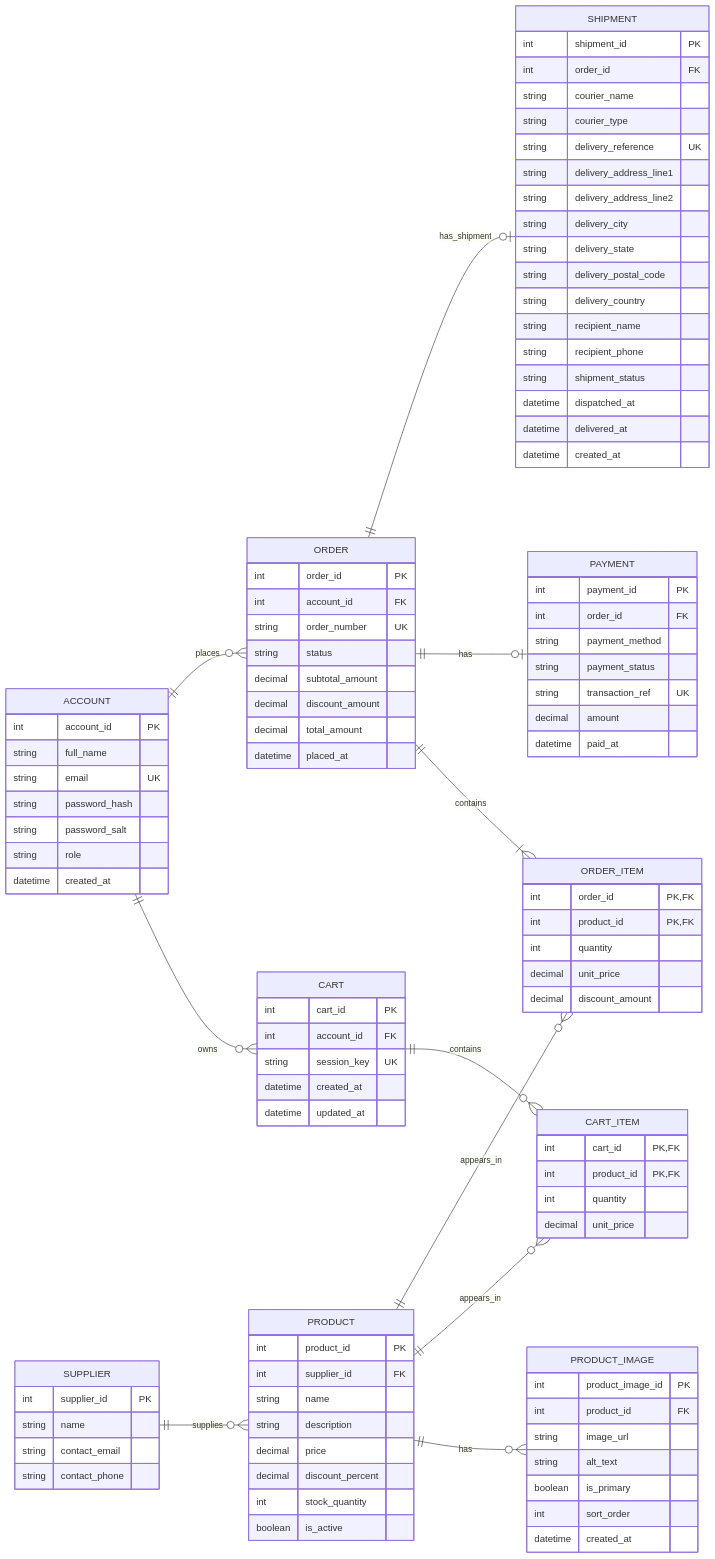
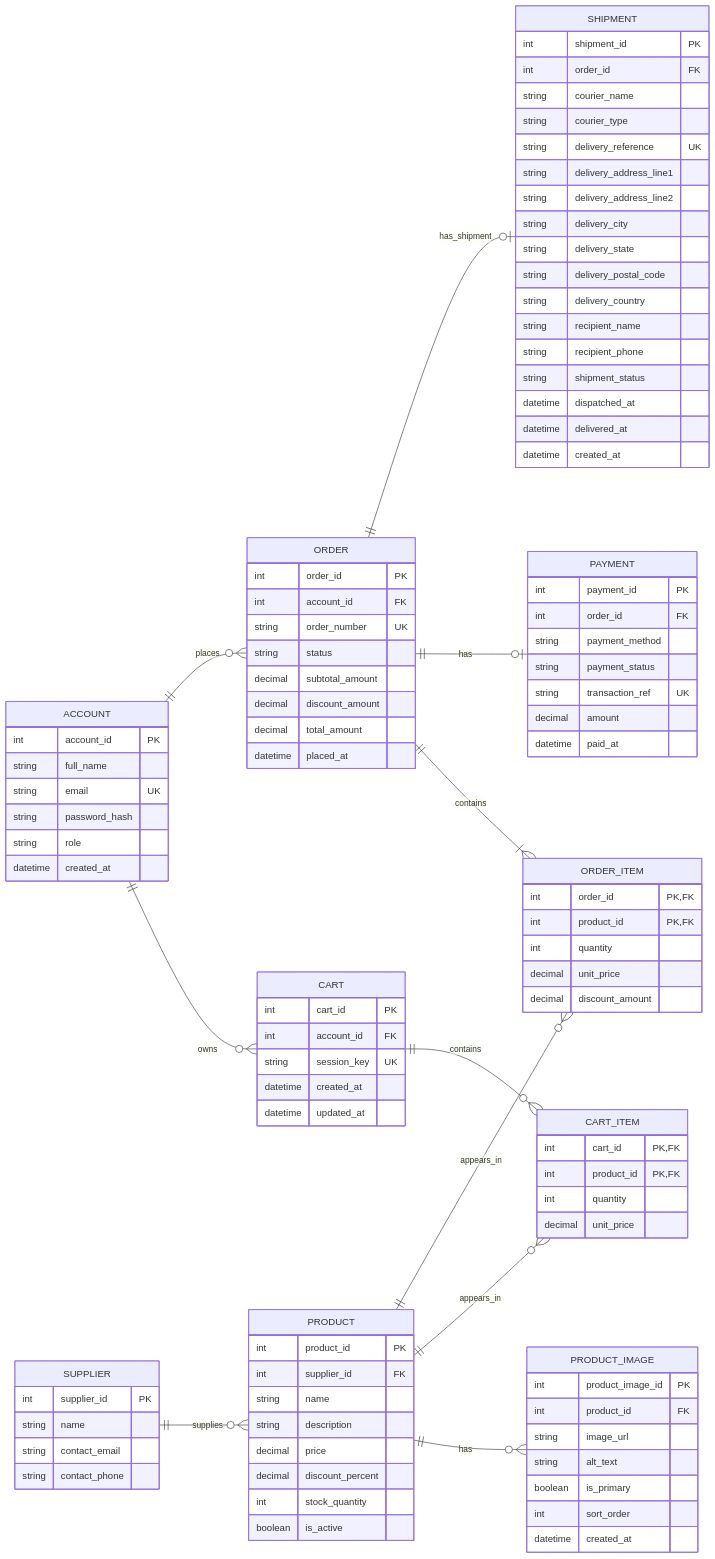
One commit to BacaChwayita/educartion changed the diagram in data/ERD.mmd. Above: the diagram before and after it, drawn with Mermaid. The commit also changed 5 other files, not shown here.

Commit message:
Remove Account.Password_salt and clean up TODOs

```diff
--- a/data/ERD.mmd
+++ b/data/ERD.mmd
@@ -1,115 +1,114 @@
 erDiagram
 	direction LR
 
 	ACCOUNT ||--o{ CART : owns
 	ACCOUNT ||--o{ "ORDER" : places
 	SUPPLIER ||--o{ PRODUCT : supplies
 	PRODUCT ||--o{ PRODUCT_IMAGE : has
 	CART ||--o{ CART_ITEM : contains
 	PRODUCT ||--o{ CART_ITEM : appears_in
 	"ORDER" ||--|{ ORDER_ITEM : contains
 	PRODUCT ||--o{ ORDER_ITEM : appears_in
 	"ORDER" ||--o| PAYMENT : has
 	"ORDER" ||--o| SHIPMENT : has_shipment
 
 	ACCOUNT {
 		int account_id PK
 		string full_name
 		string email UK
 		string password_hash
-		string password_salt
 		string role
 		datetime created_at
 	}
 
 	SUPPLIER {
 		int supplier_id PK
 		string name
 		string contact_email
 		string contact_phone
 	}
 
 	PRODUCT {
 		int product_id PK
 		int supplier_id FK
 		string name
 		string description
 		decimal price
 		decimal discount_percent
 		int stock_quantity
 		boolean is_active
 	}
 
 	PRODUCT_IMAGE {
 		int product_image_id PK
 		int product_id FK
 		string image_url
 		string alt_text
 		boolean is_primary
 		int sort_order
 		datetime created_at
 	}
 
 	CART {
 		int cart_id PK
 		int account_id FK
 		string session_key UK
 		datetime created_at
 		datetime updated_at
 	}
 
 	CART_ITEM {
 		int cart_id PK, FK
 		int product_id PK, FK
 		int quantity
 		decimal unit_price
 	}
 
 	"ORDER" {
 		int order_id PK
 		int account_id FK
 		string order_number UK
 		string status
 		decimal subtotal_amount
 		decimal discount_amount
 		decimal total_amount
 		datetime placed_at
 	}
 
 	ORDER_ITEM {
 		int order_id PK, FK
 		int product_id PK, FK
 		int quantity
 		decimal unit_price
 		decimal discount_amount
 	}
 
 	PAYMENT {
 		int payment_id PK
 		int order_id FK
 		string payment_method
 		string payment_status
 		string transaction_ref UK
 		decimal amount
 		datetime paid_at
 	}
 
 	SHIPMENT {
 		int shipment_id PK
 		int order_id FK
 		string courier_name
 		string courier_type
 		string delivery_reference UK
 		string delivery_address_line1
 		string delivery_address_line2
 		string delivery_city
 		string delivery_state
 		string delivery_postal_code
 		string delivery_country
 		string recipient_name
 		string recipient_phone
 		string shipment_status
 		datetime dispatched_at
 		datetime delivered_at
 		datetime created_at
 	}
```
